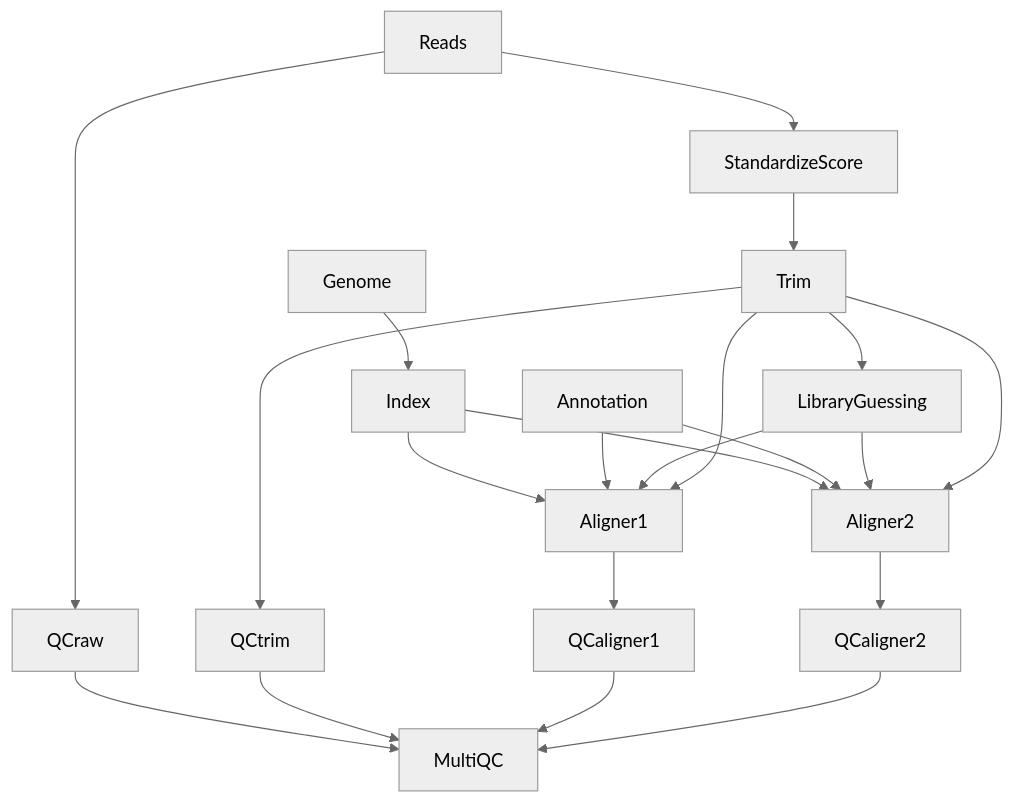
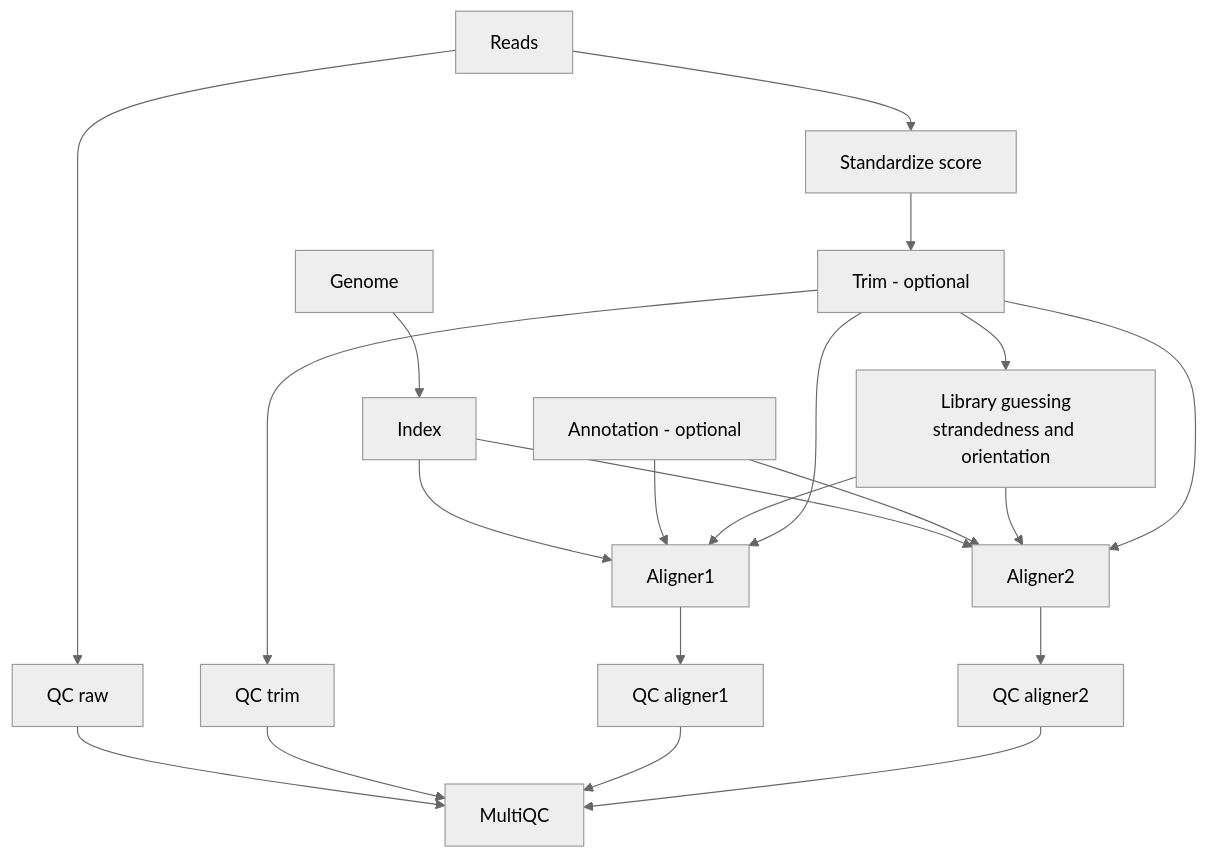
Before and after one commit to Juke34/AliNe: the diagram in README.md, drawn with Mermaid.

````diff
--- a/README.md
+++ b/README.md
@@ -127,27 +127,27 @@
 ```mermaid
 ---
 config:
   theme: neutral
 ---
   graph TD;
       Genome-->Index;
       Index-->Aligner1;
       Index-->Aligner2;
-      Annotation--> Aligner1;
+      Annotation[Annotation - optional]--> Aligner1;
       Annotation--> Aligner2;
-      Reads --> QCraw;
-      Reads --> StandardizeScore 
+      Reads --> QCraw[QC raw];
+      Reads --> StandardizeScore[Standardize score] 
       StandardizeScore --> Trim;
-      Trim --> LibraryGuessing;
+      Trim[Trim - optional] --> LibraryGuessing[Library guessing<br>strandedness and orientation];
       Trim --> QCtrim;
       LibraryGuessing --> Aligner1;
       LibraryGuessing --> Aligner2;
       Trim --> Aligner1;
-      Aligner1 --> QCaligner1;
+      Aligner1 --> QCaligner1[QC aligner1];
       Trim --> Aligner2;
-      Aligner2 --> QCaligner2;
-      QCraw --> MultiQC;
-      QCtrim --> MultiQC;
+      Aligner2 --> QCaligner2[QC aligner2];
+      QCraw[QC raw] --> MultiQC;
+      QCtrim[QC trim] --> MultiQC;
       QCaligner1 --> MultiQC;
       QCaligner2 --> MultiQC;
 ```
````
